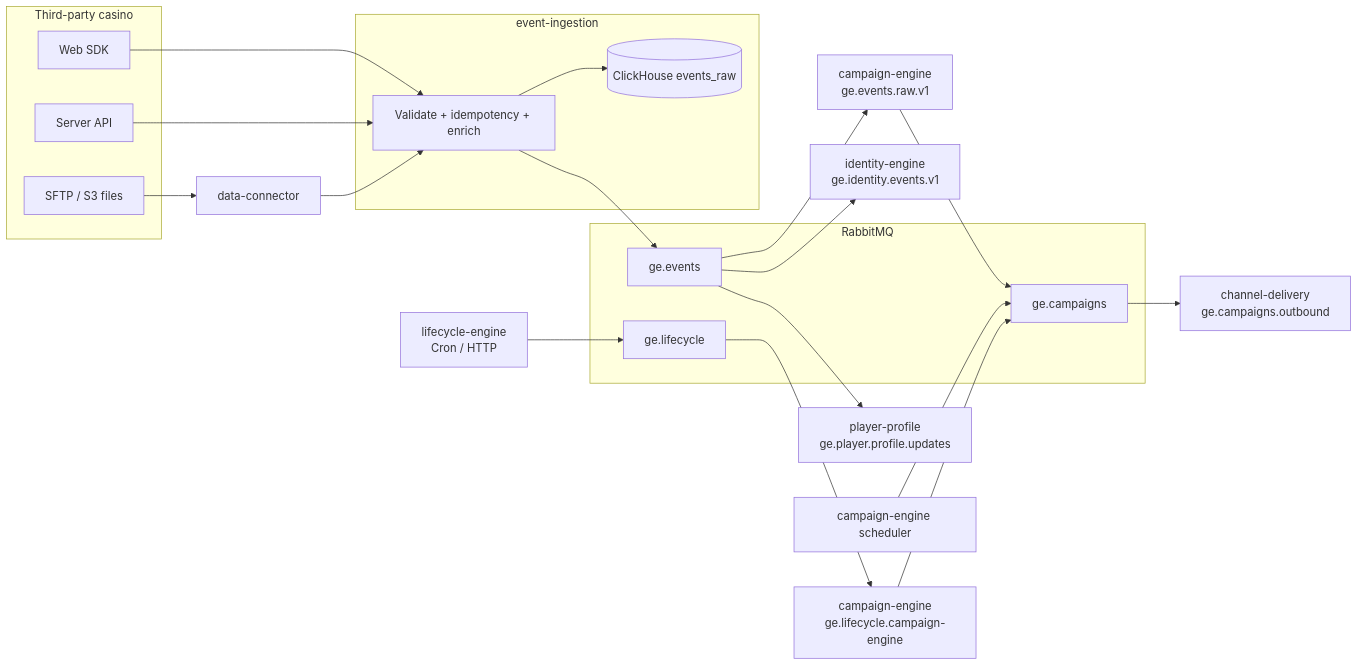
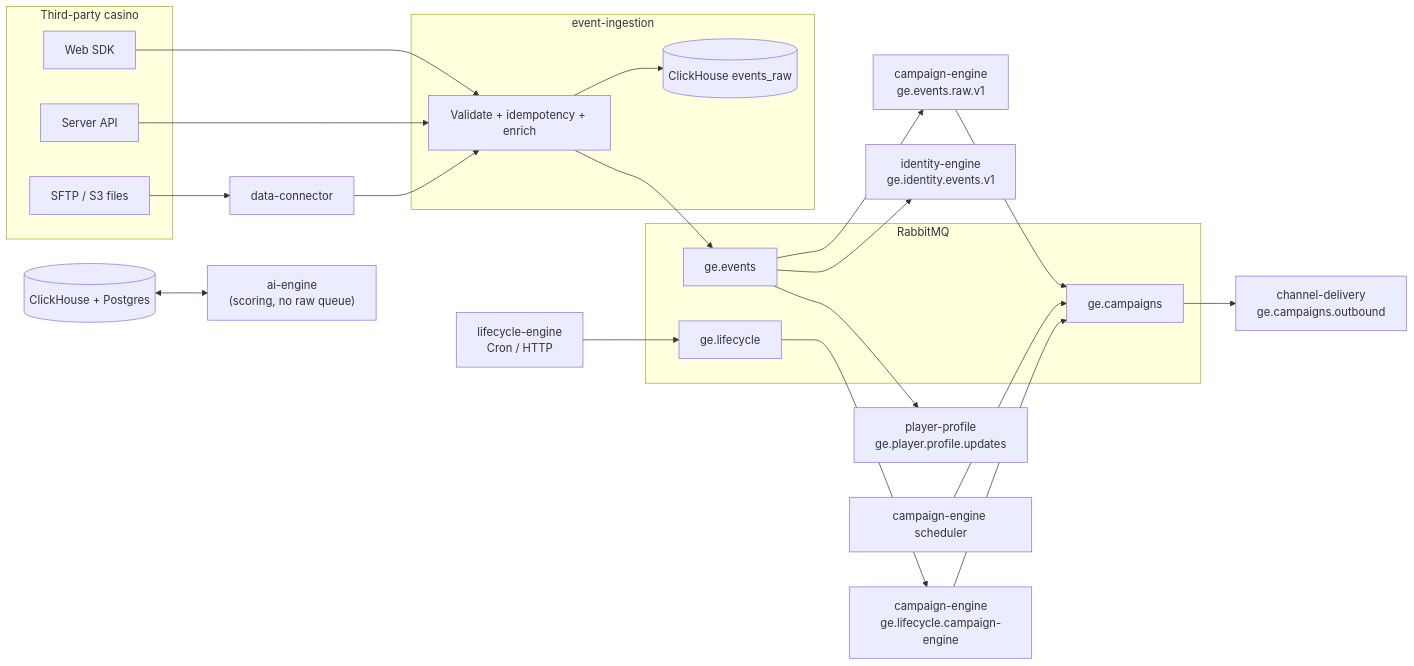
The diagram in Flow-explanations.md (rishirathoregammasweep/Working), drawn with Mermaid before and after one commit. The commit also changed other lines of this file, not shown here.

First line of the commit message:
Revise ai-engine documentation and service roles

````diff
--- a/Flow-explanations.md
+++ b/Flow-explanations.md
@@ -64,40 +64,44 @@
 ```mermaid
 flowchart LR
   subgraph casino["Third-party casino"]
     SDK["Web SDK"]
     API["Server API"]
     FILES["SFTP / S3 files"]
   end
 
   subgraph ingestion["event-ingestion"]
     ING["Validate + idempotency + enrich"]
     CH[(ClickHouse events_raw)]
   end
 
   subgraph mq["RabbitMQ"]
     EX_GE["ge.events"]
     EX_GC["ge.campaigns"]
     EX_GL["ge.lifecycle"]
   end
 
   DC["data-connector"]
 
   SDK --> ING
   API --> ING
   FILES --> DC --> ING
   ING --> CH
   ING --> EX_GE
 
   EX_GE --> CE_RAW["campaign-engine\nge.events.raw.v1"]
   EX_GE --> ID["identity-engine\nge.identity.events.v1"]
   EX_GE --> PP["player-profile\nge.player.profile.updates"]
 
   CE_RAW --> EX_GC
   EX_GL --> CE_LIFE["campaign-engine\nge.lifecycle.campaign-engine"]
   CE_LIFE --> EX_GC
   SCH["campaign-engine scheduler"] --> EX_GC
 
   EX_GC --> CD["channel-delivery\nge.campaigns.outbound"]
 
   LE["lifecycle-engine\nCron / HTTP"] --> EX_GL
+
+  CH2[(ClickHouse + Postgres)]
+  AI["ai-engine\n(scoring, no raw queue)"]
+  CH2 <--> AI
 ```
````
